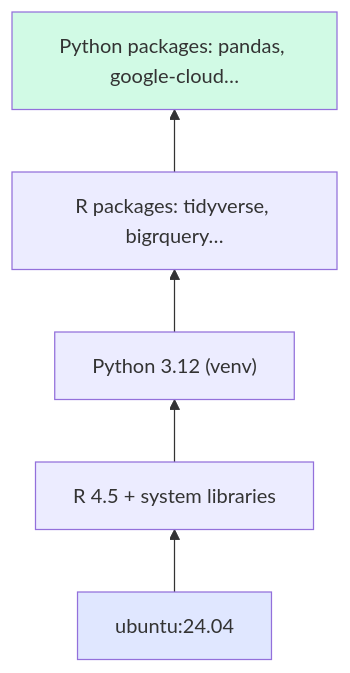
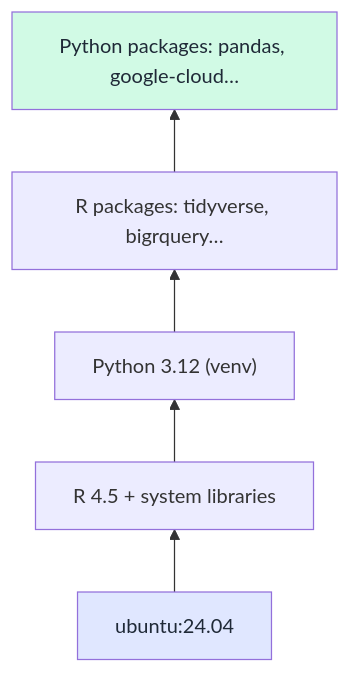
One commit to Ch3w3y/docker_gcp changed the fifth of 8 diagrams in docs/docker-containers.md. Above: the diagram before and after it, drawn with Mermaid. The commit also changed other lines of this file and 7 other files, not shown here.

First line of the commit message:
fix(docs): fix Mermaid contrast for dark mode and replace \n with <br/>

````diff
--- a/docs/docker-containers.md
+++ b/docs/docker-containers.md
@@ -195,13 +195,13 @@
 ```mermaid
 flowchart BT
     L1["ubuntu:24.04"]
     L2["R 4.5 + system libraries"]
     L3["Python 3.12 (venv)"]
     L4["R packages: tidyverse, bigrquery…"]
     L5["Python packages: pandas, google-cloud…"]
 
     L1 --> L2 --> L3 --> L4 --> L5
 
-    style L1 fill:#e0e7ff
-    style L5 fill:#d1fae5
+    style L1 fill:#e0e7ff,color:#1f2937
+    style L5 fill:#d1fae5,color:#1f2937
 ```
````
